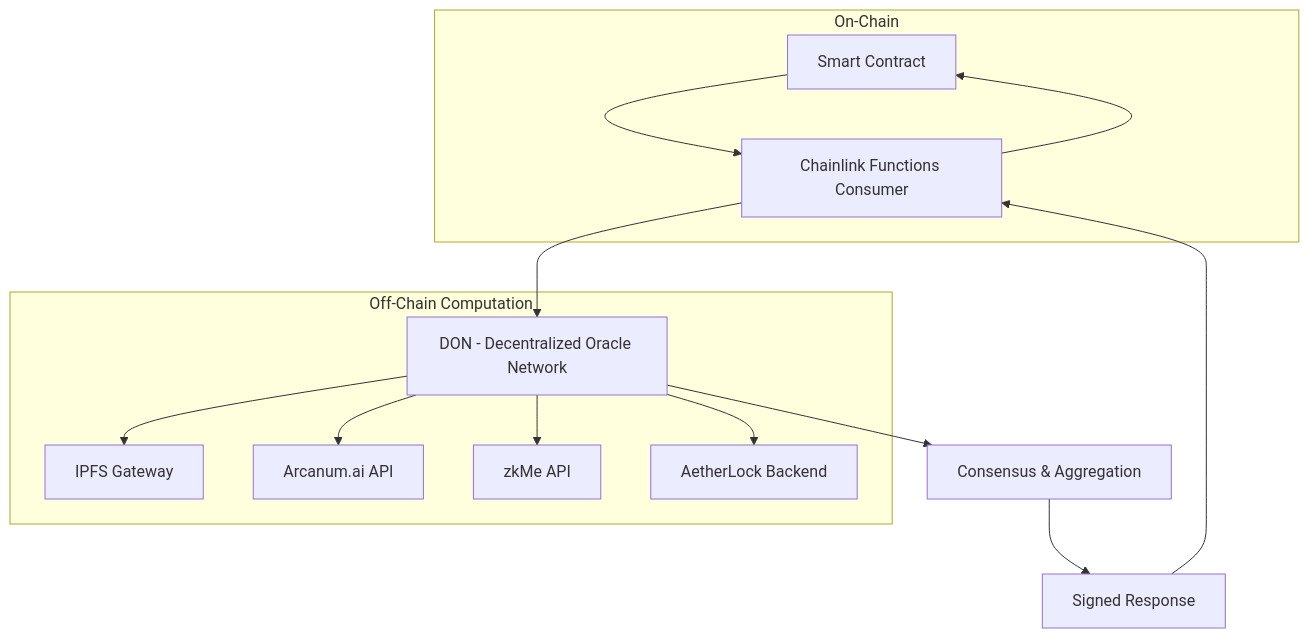
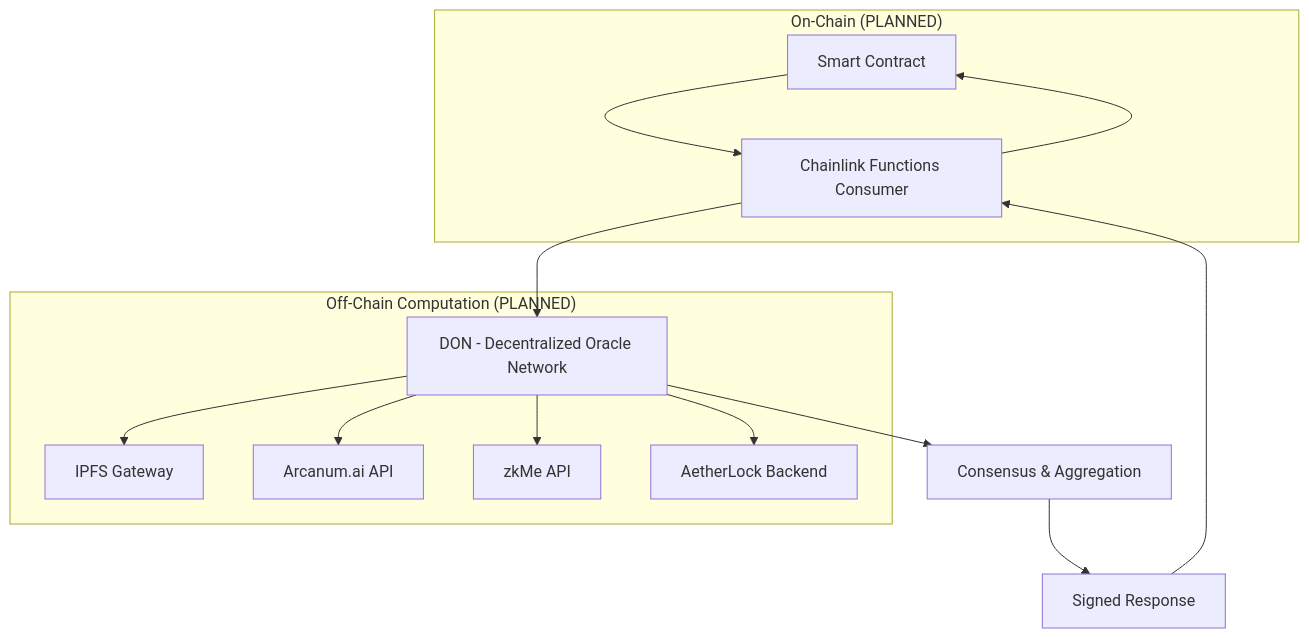
The diagram in api/chainlink-functions.mdx (De-real-iManuel/aetherlock-docs), drawn with Mermaid before and after one commit. The commit also changed other lines of this file and 144 other files, not shown here.

````diff
--- a/api/chainlink-functions.mdx
+++ b/api/chainlink-functions.mdx
@@ -15,27 +27,27 @@
 ```mermaid
 graph TB
     A[Smart Contract] --> B[Chainlink Functions Consumer]
     B --> C[DON - Decentralized Oracle Network]
     C --> D[IPFS Gateway]
     C --> E[Arcanum.ai API]
     C --> F[zkMe API]
     C --> G[AetherLock Backend]
     
     C --> H[Consensus & Aggregation]
     H --> I[Signed Response]
     I --> B
     B --> A
     
-    subgraph "Off-Chain Computation"
+    subgraph "Off-Chain Computation (PLANNED)"
         C
         D
         E
         F
         G
     end
     
-    subgraph "On-Chain"
+    subgraph "On-Chain (PLANNED)"
         A
         B
     end
 ```
````
